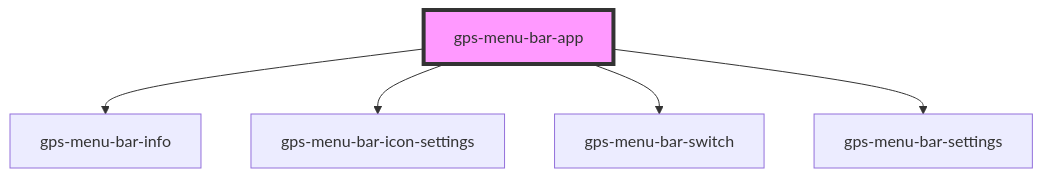
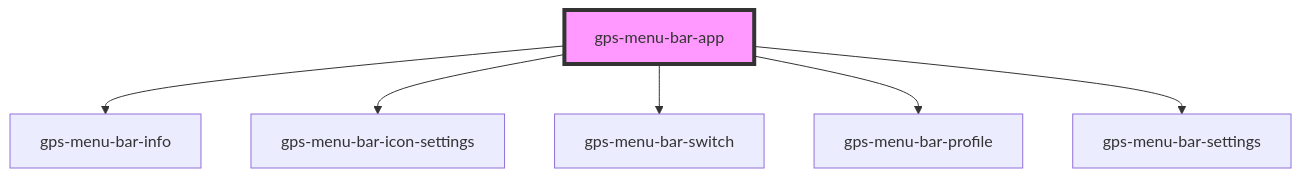
The diagram in src/ui/components/menu-bar-app/readme.md (davidenke/git-profile-switch), drawn with Mermaid before and after one commit. The commit also changed other lines of this file and 10 other files, not shown here.

````diff
--- a/src/ui/components/menu-bar-app/readme.md
+++ b/src/ui/components/menu-bar-app/readme.md
@@ -18,8 +19,9 @@
 ```mermaid
 graph TD;
   gps-menu-bar-app --> gps-menu-bar-info
   gps-menu-bar-app --> gps-menu-bar-icon-settings
   gps-menu-bar-app --> gps-menu-bar-switch
+  gps-menu-bar-app --> gps-menu-bar-profile
   gps-menu-bar-app --> gps-menu-bar-settings
   style gps-menu-bar-app fill:#f9f,stroke:#333,stroke-width:4px
 ```
````
